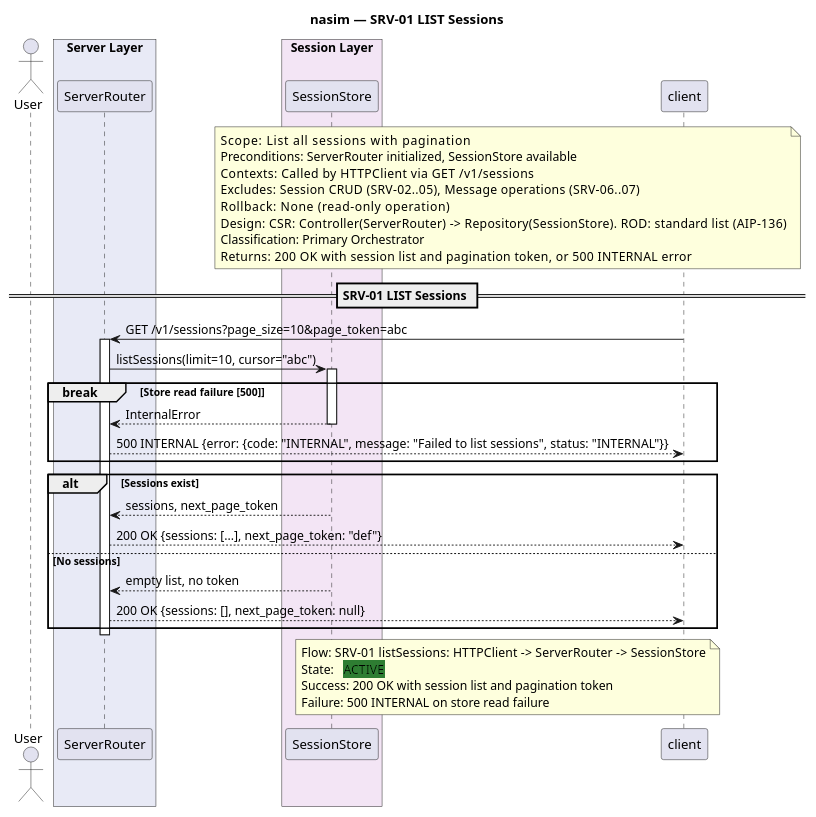
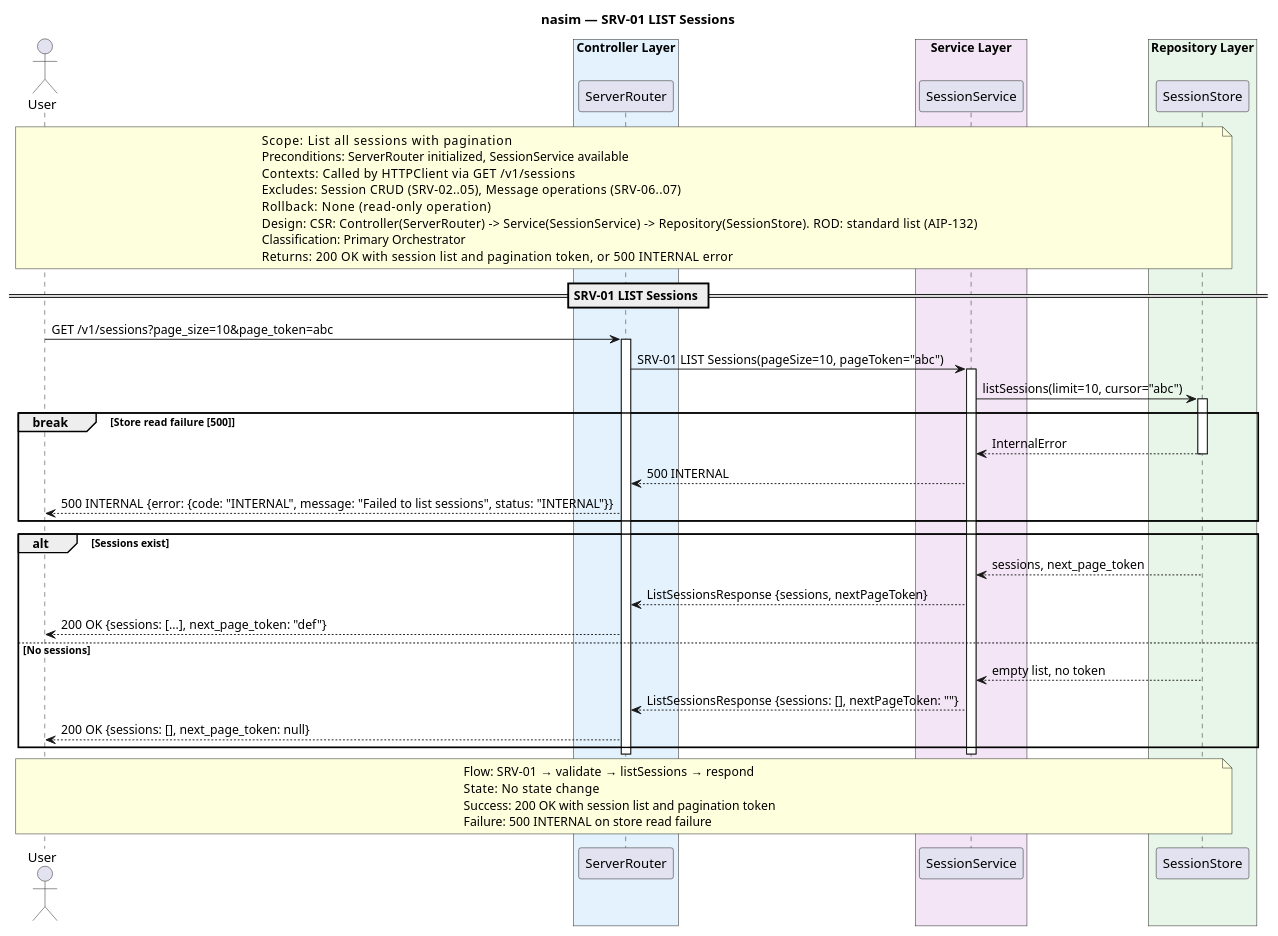
The diagram in docs/SQ/SRV/sq_srv01_list_sessions.puml (salimnamvar/nasim), drawn with PlantUML before and after one commit. The commit also changed 113 other files, not shown here.

First line of the commit message:
docs: Refactor sequence diagrams for improved clarity and structure

```diff
--- a/docs/SQ/SRV/sq_srv01_list_sessions.puml
+++ b/docs/SQ/SRV/sq_srv01_list_sessions.puml
@@ -1,67 +1,77 @@
 @startuml sq_srv01_list_sessions
 ' ============================================================
 ' Title:     SRV-01 — LIST Sessions
 ' Boundary:  nasim code agent HTTP API
 ' Purpose:   List all sessions with pagination
 ' Milestone: v1.0
 ' Version:   8.0.0
 ' Source:    CAR refinement loop — API-First transformation
 ' Review:    Prompt audit 2026-06-21 (cop.md: AIP-193 error path added)
 ' ============================================================
 
 title nasim — SRV-01 LIST Sessions
 
 actor "User" as user
 
-box "Server Layer" #E8EAF6
+box "Controller Layer" #E3F2FD
   participant "ServerRouter" as router
 end box
-box "Session Layer" #F3E5F5
+box "Service Layer" #F3E5F5
+  participant "SessionService" as svc
+end box
+box "Repository Layer" #E8F5E9
   participant "SessionStore" as store
 end box
 
-note over client, store
+note over user, store
   Scope:          List all sessions with pagination
-  Preconditions:  ServerRouter initialized, SessionStore available
+  Preconditions:  ServerRouter initialized, SessionService available
   Contexts:       Called by HTTPClient via GET /v1/sessions
   Excludes:       Session CRUD (SRV-02..05), Message operations (SRV-06..07)
   Rollback:       None (read-only operation)
-  Design:         CSR: Controller(ServerRouter) -> Repository(SessionStore). ROD: standard list (AIP-136)
+  Design:         CSR: Controller(ServerRouter) -> Service(SessionService) -> Repository(SessionStore). ROD: standard list (AIP-132)
   Classification: Primary Orchestrator
   Returns:        200 OK with session list and pagination token, or 500 INTERNAL error
 end note
 
 == SRV-01 LIST Sessions ==
 
-client -> router : GET /v1/sessions?page_size=10&page_token=abc
+user -> router : GET /v1/sessions?page_size=10&page_token=abc
 activate router
 
-router -> store : listSessions(limit=10, cursor="abc")
+router -> svc : SRV-01 LIST Sessions(pageSize=10, pageToken="abc")
+activate svc
+
+svc -> store : listSessions(limit=10, cursor="abc")
 activate store
 
 break Store read failure [500]
-    store --> router : InternalError
+    store --> svc : InternalError
     deactivate store
-    router --> client : 500 INTERNAL {error: {code: "INTERNAL", message: "Failed to list sessions", status: "INTERNAL"}}
+    svc --> router : 500 INTERNAL
+    router --> user : 500 INTERNAL {error: {code: "INTERNAL", message: "Failed to list sessions", status: "INTERNAL"}}
 end
 
 alt Sessions exist
-    store --> router : sessions, next_page_token
+    store --> svc : sessions, next_page_token
     deactivate store
-    router --> client : 200 OK {sessions: [...], next_page_token: "def"}
+    svc --> router : ListSessionsResponse {sessions, nextPageToken}
+    router --> user : 200 OK {sessions: [...], next_page_token: "def"}
 else No sessions
-    store --> router : empty list, no token
+    store --> svc : empty list, no token
     deactivate store
-    router --> client : 200 OK {sessions: [], next_page_token: null}
+    svc --> router : ListSessionsResponse {sessions: [], nextPageToken: ""}
+    router --> user : 200 OK {sessions: [], next_page_token: null}
 end
 
+deactivate svc
 deactivate router
 
-note over client, store
-  Flow:    SRV-01 listSessions: HTTPClient -> ServerRouter -> SessionStore
-  State:   <back:#2E7D32>ACTIVE</back>
+note over user, store
+  Flow:    SRV-01 → validate → listSessions → respond
+  State:   No state change
   Success: 200 OK with session list and pagination token
   Failure: 500 INTERNAL on store read failure
 end note
 
 @enduml
```
